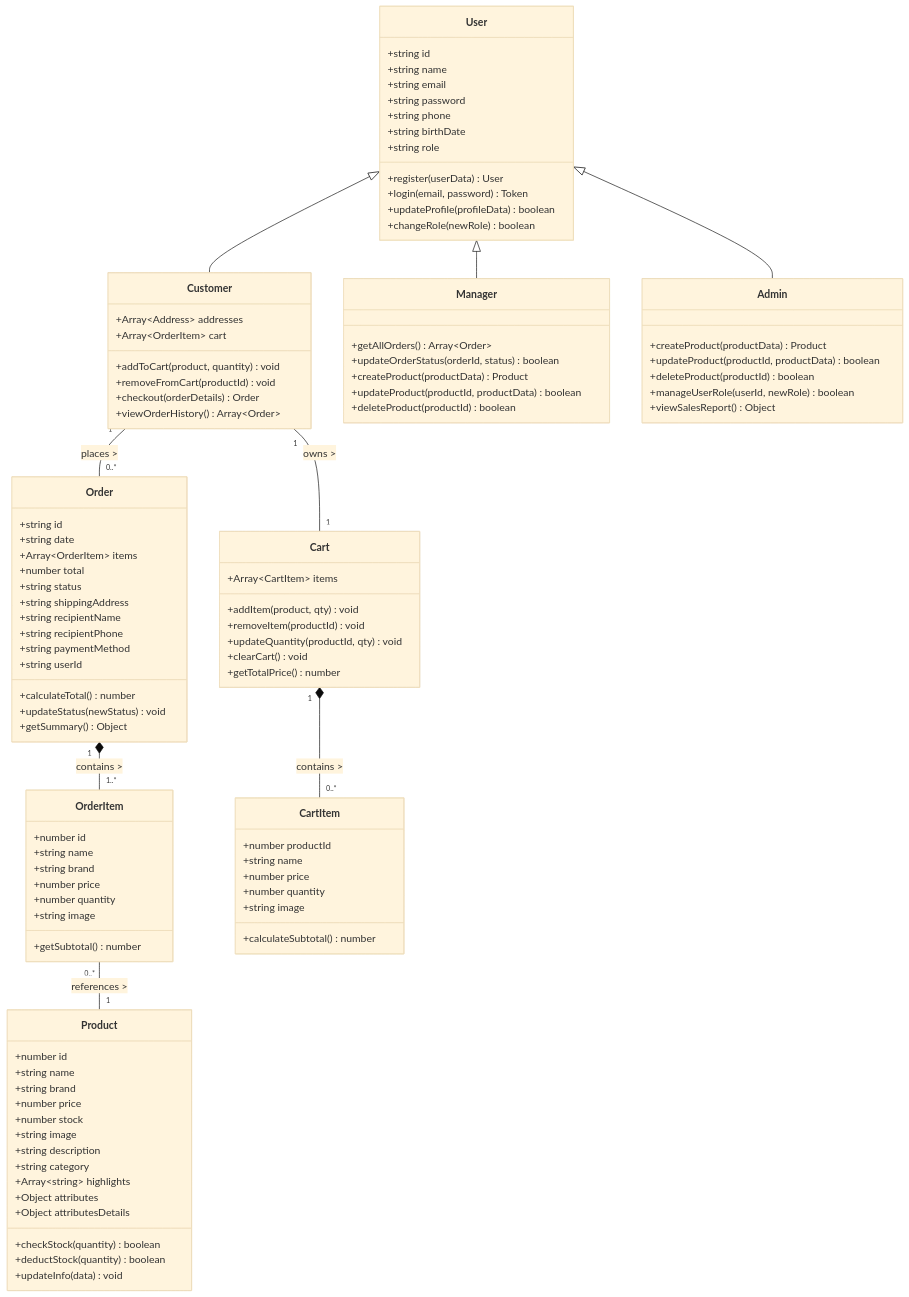
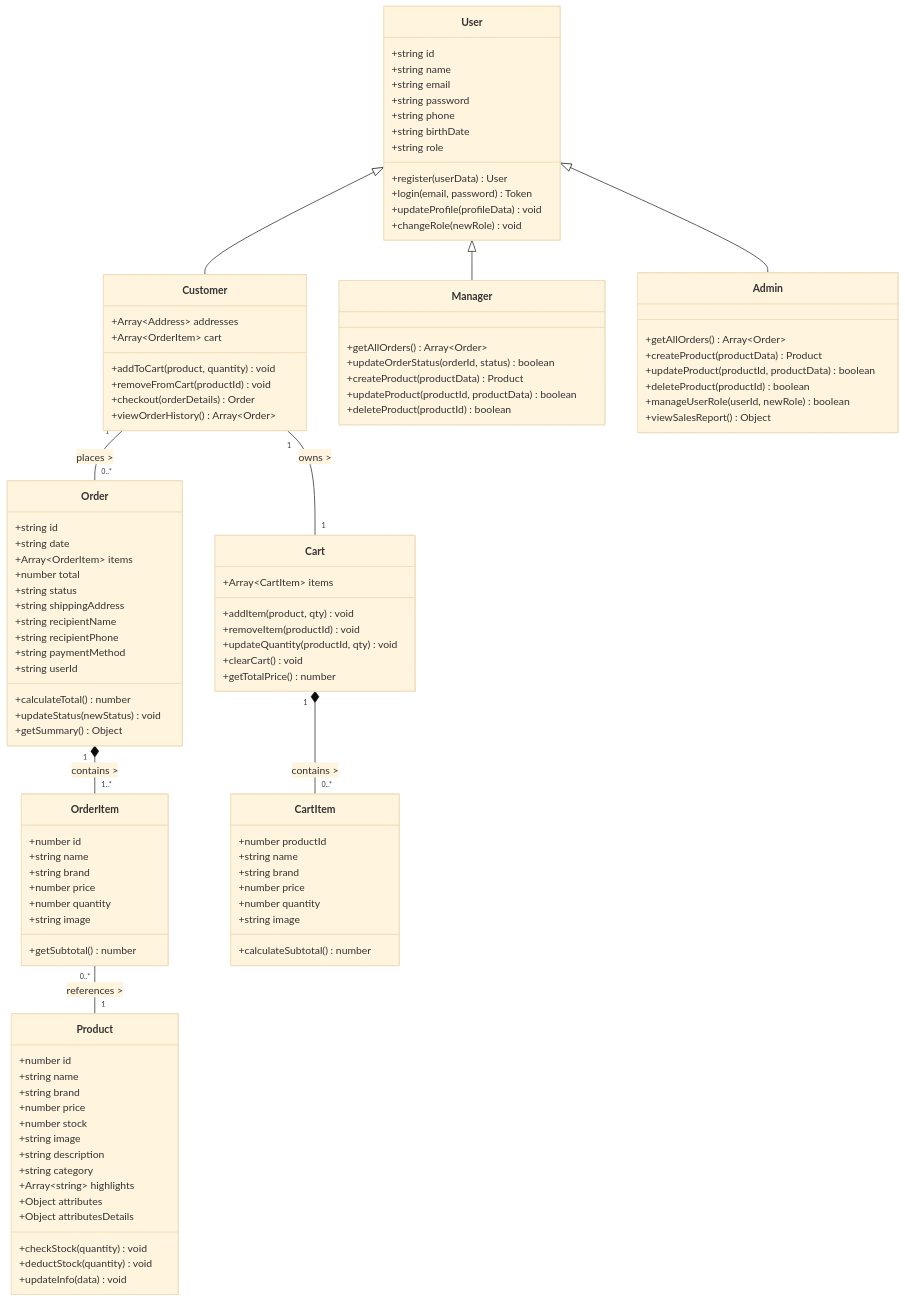
The first of 3 diagrams in README.md (Supphanat-P/CSI204-I-Have-Computer), drawn with Mermaid (base theme) before and after one commit.

```diff
--- a/README.md
+++ b/README.md
@@ -273,8 +273,8 @@
         +string role
         +register(userData) User
         +login(email, password) Token
-        +updateProfile(profileData) boolean
-        +changeRole(newRole) boolean
+        +updateProfile(profileData) void
+        +changeRole(newRole) void
     }
 
     class Customer {
@@ -295,6 +295,7 @@
     }
 
     class Admin {
+        +getAllOrders() Array~Order~
         +createProduct(productData) Product
         +updateProduct(productId, productData) boolean
         +deleteProduct(productId) boolean
@@ -314,8 +315,8 @@
         +Array~string~ highlights
         +Object attributes
         +Object attributesDetails
-        +checkStock(quantity) boolean
-        +deductStock(quantity) boolean
+        +checkStock(quantity) void
+        +deductStock(quantity) void
         +updateInfo(data) void
     }
 
@@ -357,6 +358,7 @@
     class CartItem {
         +number productId
         +string name
+        +string brand
         +number price
         +number quantity
         +string image
```
